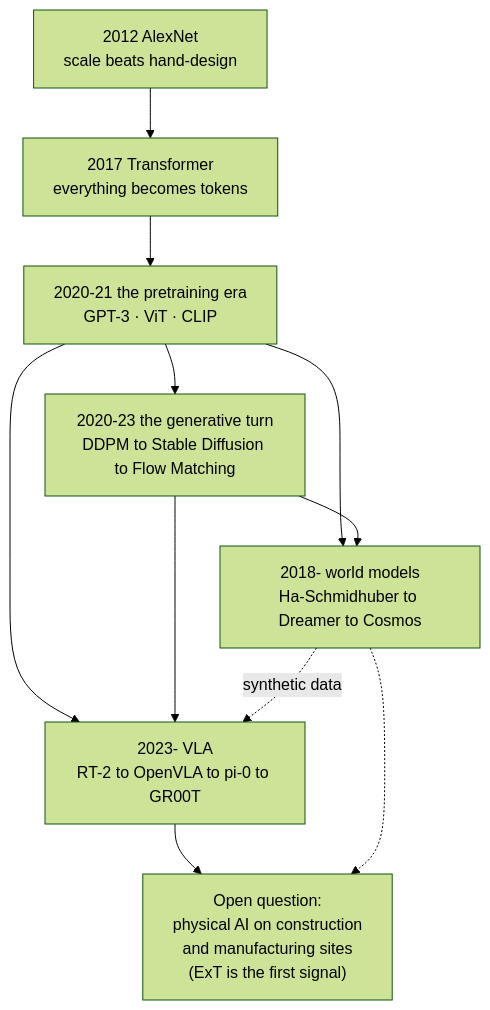
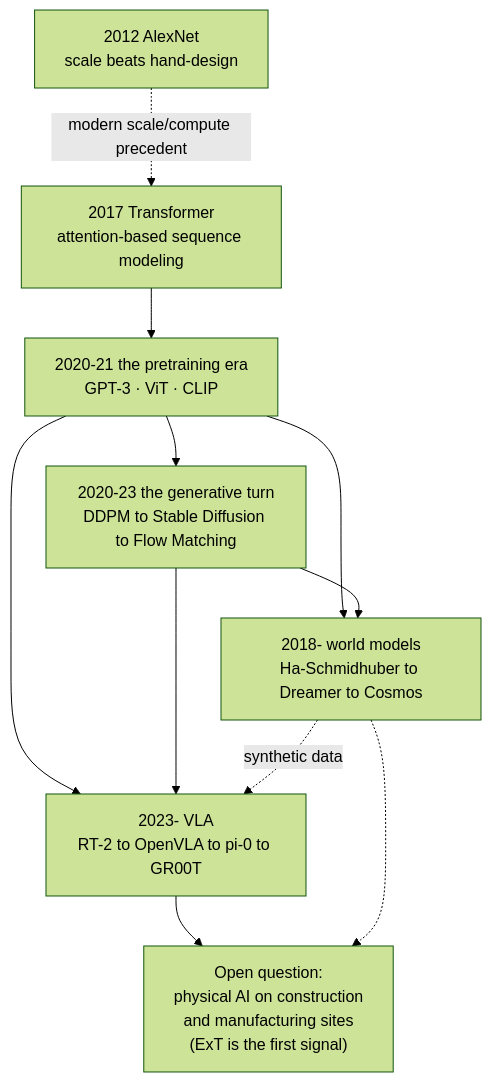
One commit to jiseop-byeon/phd-wiki changed the first of 12 diagrams in content/03-deep-learning/lineage.md. Above: the diagram before and after it, drawn with Mermaid (forest theme). The commit also changed other lines of this file and 89 other files, not shown here.

````diff
--- a/content/03-deep-learning/lineage.md
+++ b/content/03-deep-learning/lineage.md
@@ -22,13 +22,13 @@
 ```mermaid
 graph TD
-    A["2012 AlexNet<br/>scale beats hand-design"] --> B["2017 Transformer<br/>everything becomes tokens"]
+    A["2012 AlexNet<br/>scale beats hand-design"] -. modern scale/compute precedent .-> B["2017 Transformer<br/>attention-based sequence modeling"]
     B --> C["2020-21 the pretraining era<br/>GPT-3 · ViT · CLIP"]
     C --> D["2020-23 the generative turn<br/>DDPM to Stable Diffusion to Flow Matching"]
     C --> E["2023- VLA<br/>RT-2 to OpenVLA to pi-0 to GR00T"]
     D --> E
     C --> F["2018- world models<br/>Ha-Schmidhuber to Dreamer to Cosmos"]
     D --> F
     F -. synthetic data .-> E
     E --> G["Open question:<br/>physical AI on construction<br/>and manufacturing sites<br/>(ExT is the first signal)"]
     F -.-> G
 ```
````
